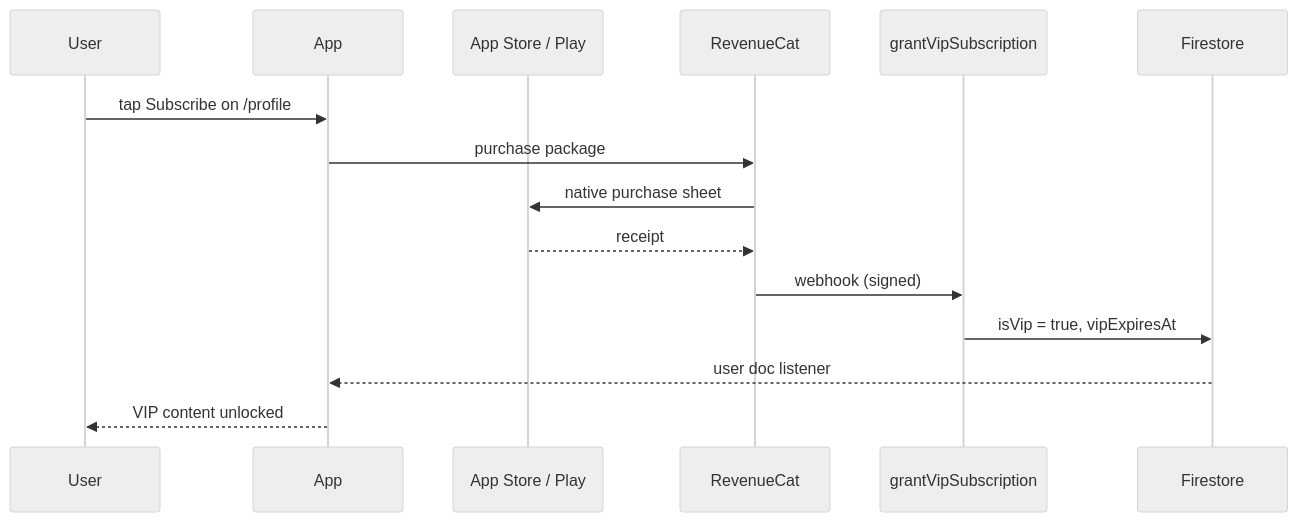
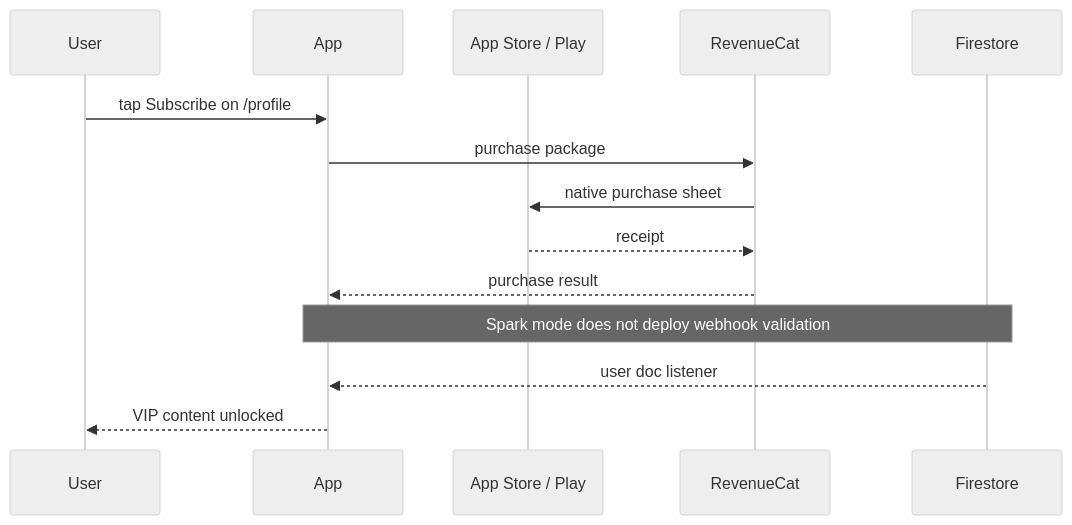
One commit to delevski/ShortiGo changed the seventh of 9 diagrams in README.md. Above: the diagram before and after it, drawn with Mermaid (neutral theme). The commit also changed other lines of this file and 15 other files, not shown here.

````diff
--- a/README.md
+++ b/README.md
@@ -248,18 +240,17 @@
 ```mermaid
 sequenceDiagram
   participant User
   participant App
   participant Store as App Store / Play
   participant RC as RevenueCat
-  participant CF as grantVipSubscription
   participant FS as Firestore
 
   User->>App: tap Subscribe on /profile
   App->>RC: purchase package
   RC->>Store: native purchase sheet
   Store-->>RC: receipt
-  RC->>CF: webhook (signed)
-  CF->>FS: isVip = true, vipExpiresAt
+  RC-->>App: purchase result
+  Note over App,FS: Spark mode does not deploy webhook validation
   FS-->>App: user doc listener
   App-->>User: VIP content unlocked
 ```
````
